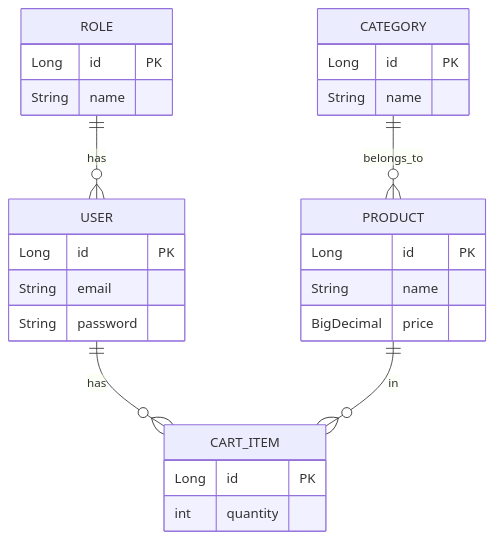
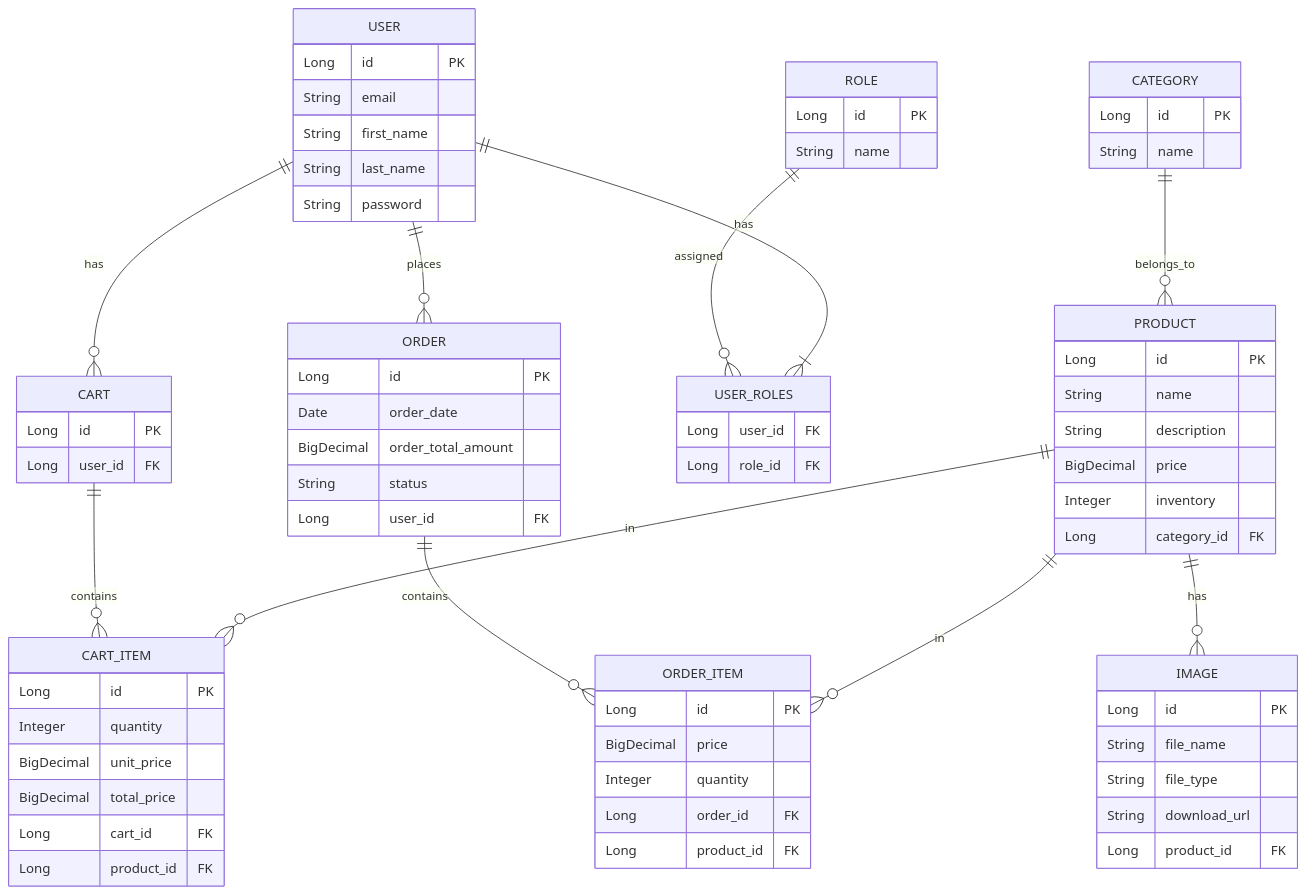
One commit to schahinheidari/e-commerce changed the diagram in README.md. Above: the diagram before and after it, drawn with Mermaid.

````diff
--- a/README.md
+++ b/README.md
@@ -52,33 +52,83 @@
 ```mermaid
 erDiagram
-    USER ||--o{ CART_ITEM : has
+    USER ||--o{ ORDER : places
+    USER ||--o{ CART : has
+    USER ||--|{ USER_ROLES : has
+    ROLE ||--o{ USER_ROLES : assigned
+    PRODUCT ||--o{ CART_ITEM : in
+    PRODUCT ||--o{ ORDER_ITEM : in
+    PRODUCT ||--o{ IMAGE : has
+    CATEGORY ||--o{ PRODUCT : belongs_to
+    ORDER ||--o{ ORDER_ITEM : contains
+    CART ||--o{ CART_ITEM : contains
+
     USER {
         Long id PK
         String email
+        String first_name
+        String last_name
         String password
     }
     
-    ROLE ||--o{ USER : has
     ROLE {
         Long id PK
         String name
     }
     
-    PRODUCT ||--o{ CART_ITEM : in
+    USER_ROLES {
+        Long user_id FK
+        Long role_id FK
+    }
+    
     PRODUCT {
         Long id PK
         String name
+        String description
         BigDecimal price
+        Integer inventory
+        Long category_id FK
     }
     
-    CATEGORY ||--o{ PRODUCT : belongs_to
     CATEGORY {
         Long id PK
         String name
     }
     
+    IMAGE {
+        Long id PK
+        String file_name
+        String file_type
+        String download_url
+        Long product_id FK
+    }
+    
+    ORDER {
+        Long id PK
+        Date order_date
+        BigDecimal order_total_amount
+        String status
+        Long user_id FK
+    }
+    
+    ORDER_ITEM {
+        Long id PK
+        BigDecimal price
+        Integer quantity
+        Long order_id FK
+        Long product_id FK
+    }
+    
+    CART {
+        Long id PK
+        Long user_id FK
+    }
+    
     CART_ITEM {
         Long id PK
-        int quantity
+        Integer quantity
+        BigDecimal unit_price
+        BigDecimal total_price
+        Long cart_id FK
+        Long product_id FK
     }
 ```
````
